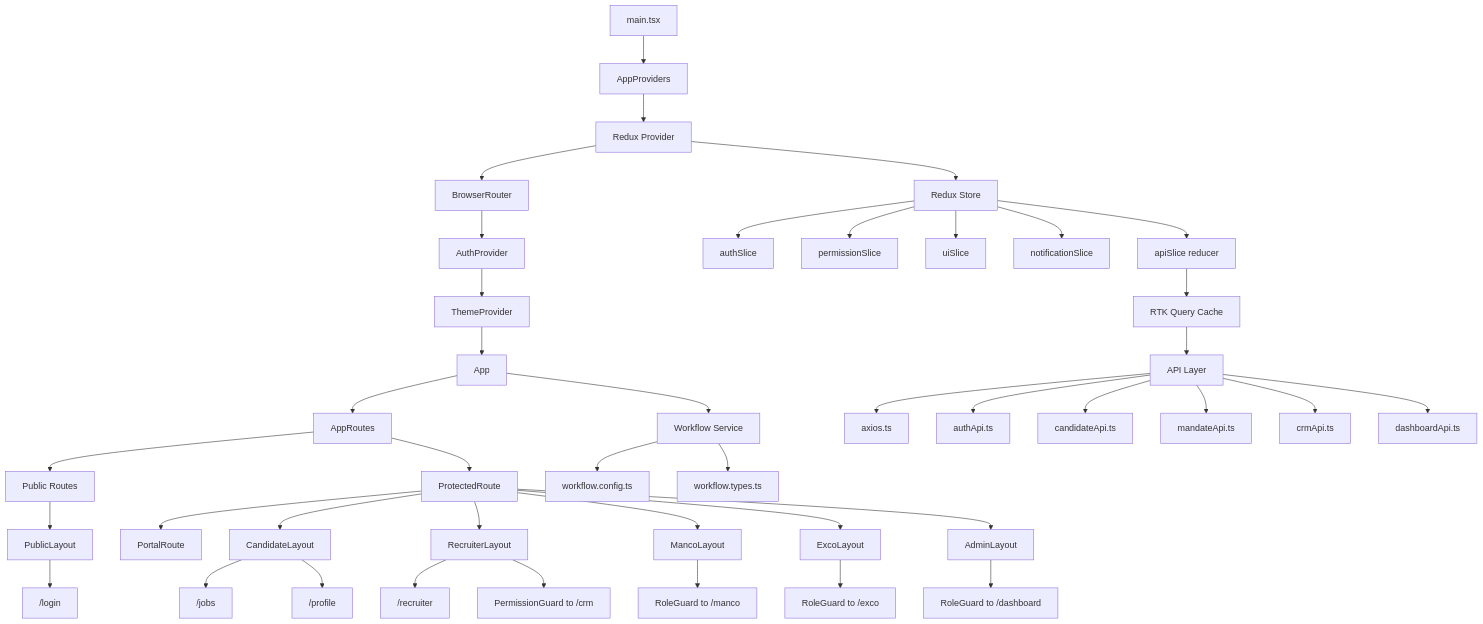
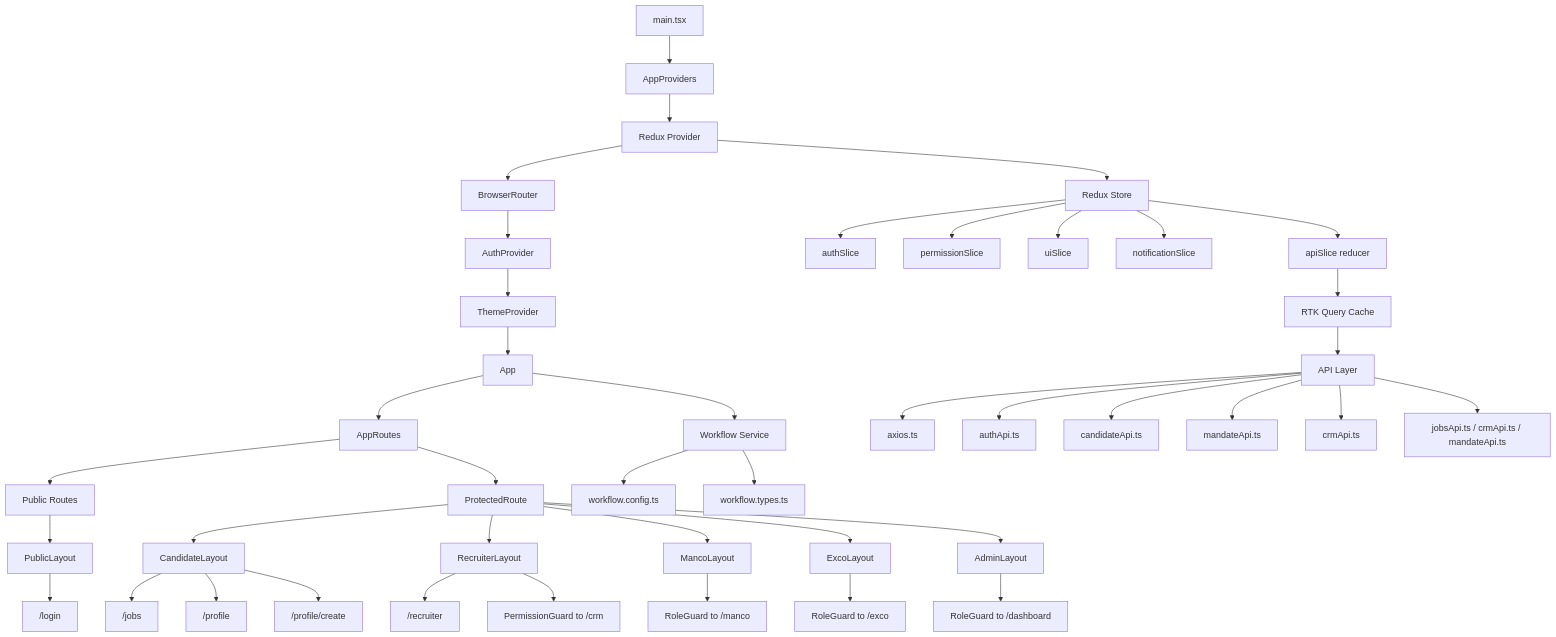
Before and after one commit to PiyalChatterjee/skills-mine-frontend: the diagram in README.md, drawn with Mermaid. The commit also changed other lines of this file and 34 other files, not shown here.

````diff
--- a/README.md
+++ b/README.md
@@ -120,51 +122,51 @@
 ```mermaid
 flowchart TD
     A[main.tsx] --> B[AppProviders]
     B --> B1[Redux Provider]
     B1 --> B2[BrowserRouter]
     B2 --> B3[AuthProvider]
     B3 --> B4[ThemeProvider]
     B4 --> C[App]
     C --> D[AppRoutes]
 
     D --> E[Public Routes]
     D --> F[ProtectedRoute]
 
     E --> E1[PublicLayout]
     E1 --> E2["/login"]
 
-    F --> G[PortalRoute]
     F --> H[CandidateLayout]
     F --> I[RecruiterLayout]
     F --> J[MancoLayout]
     F --> K[ExcoLayout]
     F --> L[AdminLayout]
 
     H --> H1["/jobs"]
     H --> H2["/profile"]
+    H --> H3["/profile/create"]
     I --> I1["/recruiter"]
     I --> I2["PermissionGuard to /crm"]
     J --> J1["RoleGuard to /manco"]
     K --> K1["RoleGuard to /exco"]
     L --> L1["RoleGuard to /dashboard"]
 
     B1 --> M[Redux Store]
     M --> M1[authSlice]
     M --> M2[permissionSlice]
     M --> M3[uiSlice]
     M --> M4[notificationSlice]
     M --> M5[apiSlice reducer]
 
     M5 --> N[RTK Query Cache]
     N --> O[API Layer]
     O --> O1[axios.ts]
     O --> O2[authApi.ts]
     O --> O3[candidateApi.ts]
     O --> O4[mandateApi.ts]
     O --> O5[crmApi.ts]
-    O --> O6[dashboardApi.ts]
+    O --> O6[jobsApi.ts / crmApi.ts / mandateApi.ts]
 
     C --> P[Workflow Service]
     P --> P1[workflow.config.ts]
     P --> P2[workflow.types.ts]
 ```
````
